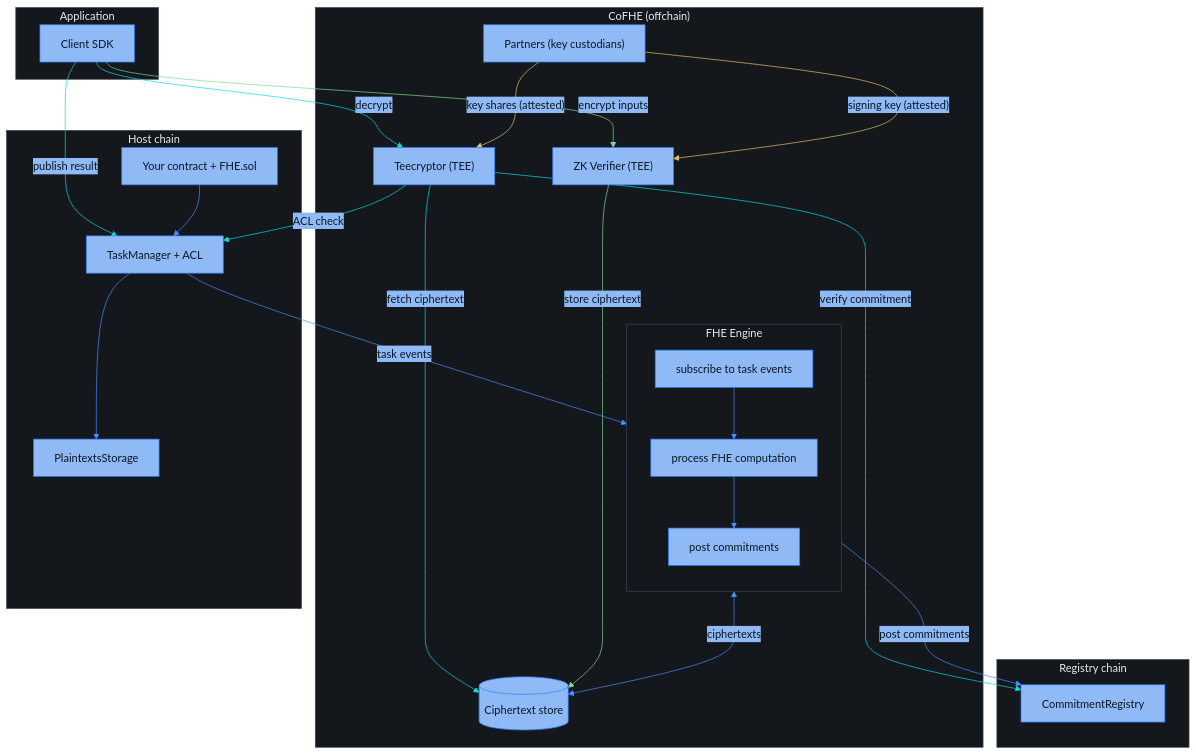
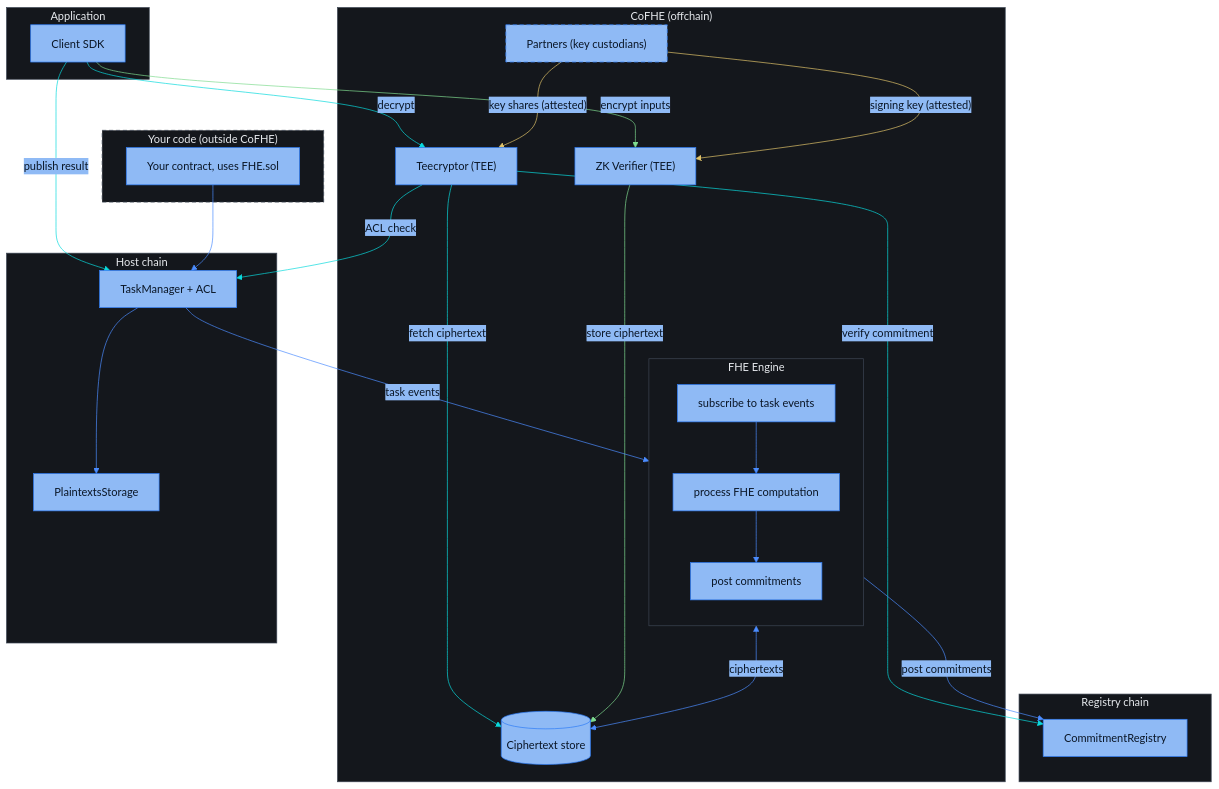
Before and after one commit to FhenixProtocol/fhenix-developer-docs: the diagram in deep-dive/cofhe-components/overview.mdx, drawn with Mermaid. The commit also changed other lines of this file, not shown here.

Commit message:
[DOCS] cofhe-components/overview: your contract sits outside CoFHE, both TEEs move to MPC

````diff
--- a/deep-dive/cofhe-components/overview.mdx
+++ b/deep-dive/cofhe-components/overview.mdx
@@ -8,47 +8,53 @@
 ```mermaid
 %%{init: {"theme": "base", "themeVariables": {"fontFamily": "Menlo, Monaco, Consolas, monospace", "fontSize": "16px", "primaryColor": "#8FBAF5", "primaryBorderColor": "#2E7CF6", "primaryTextColor": "#0A1626", "lineColor": "#4C8DFF", "signalColor": "#4C8DFF", "signalTextColor": "#8FA3BF", "actorBkg": "#8FBAF5", "actorBorder": "#2E7CF6", "actorTextColor": "#0A1626", "actorLineColor": "#3D4654", "noteBkgColor": "#14171C", "noteBorderColor": "#3D4654", "noteTextColor": "#AFC3DE", "activationBkgColor": "#1E3A5F", "activationBorderColor": "#4C8DFF", "clusterBkg": "#14171C", "clusterBorder": "#3D4654", "titleColor": "#E7EAEE", "edgeLabelBackground": "#8FBAF5", "textColor": "#AFC3DE", "labelTextColor": "#E7EAEE", "tertiaryColor": "#14171C", "loopTextColor": "#AFC3DE", "labelBoxBkgColor": "#1E3A5F", "labelBoxBorderColor": "#4C8DFF"}, "sequence": {"actorFontFamily": "Menlo, Monaco, Consolas, monospace", "messageFontFamily": "Menlo, Monaco, Consolas, monospace", "noteFontFamily": "Menlo, Monaco, Consolas, monospace", "width": 220, "actorFontSize": 16, "messageFontSize": 16, "noteFontSize": 15}}}%%
 flowchart TB
+    subgraph Yours["Your code (outside CoFHE)"]
+        FHEC["Your contract, uses FHE.sol"]
+    end
+
     subgraph App["Application"]
         SDK["Client SDK"]
     end
 
     subgraph CoFHE["CoFHE (offchain)"]
         TEE["Teecryptor (TEE)"]
         ZK["ZK Verifier (TEE)"]
         PRT["Partners (key custodians)"]
         CTS[("Ciphertext store")]
         subgraph ENG["FHE Engine"]
             direction TB
             L["subscribe to task events"] --> X["process FHE computation"] --> P["post commitments"]
         end
     end
 
     subgraph Host["Host chain"]
-        FHEC["Your contract + FHE.sol"]
         TM["TaskManager + ACL"]
         PS["PlaintextsStorage"]
     end
 
     subgraph Registry["Registry chain"]
         CR["CommitmentRegistry"]
     end
 
     SDK -- "encrypt inputs" --> ZK
     SDK -- "decrypt" --> TEE
     SDK -- "publish result" --> TM
     FHEC --> TM
     TM --> PS
     TEE -- "ACL check" --> TM
     TEE -- "fetch ciphertext" --> CTS
     TEE -- "verify commitment" --> CR
     ZK -- "store ciphertext" --> CTS
     ENG <-- "ciphertexts" --> CTS
     TM -- "task events" --> ENG
     ENG -- "post commitments" --> CR
     PRT -- "key shares (attested)" --> TEE
     PRT -- "signing key (attested)" --> ZK
 
     linkStyle 2,10 stroke:#7FDB8F
     linkStyle 3,4,7,8,9 stroke:#0AD9DC
     linkStyle 14,15 stroke:#E0C36A
+
+    style Yours stroke-dasharray: 6 4
+    style PRT stroke-dasharray: 6 4
 ```
````
